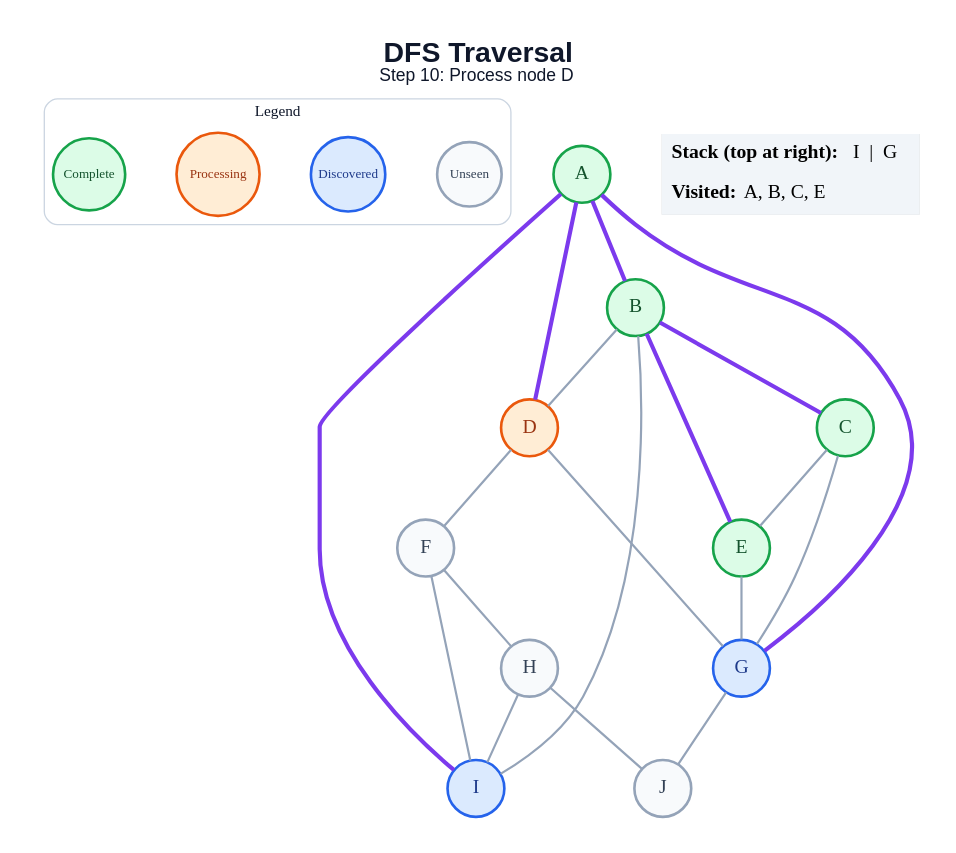
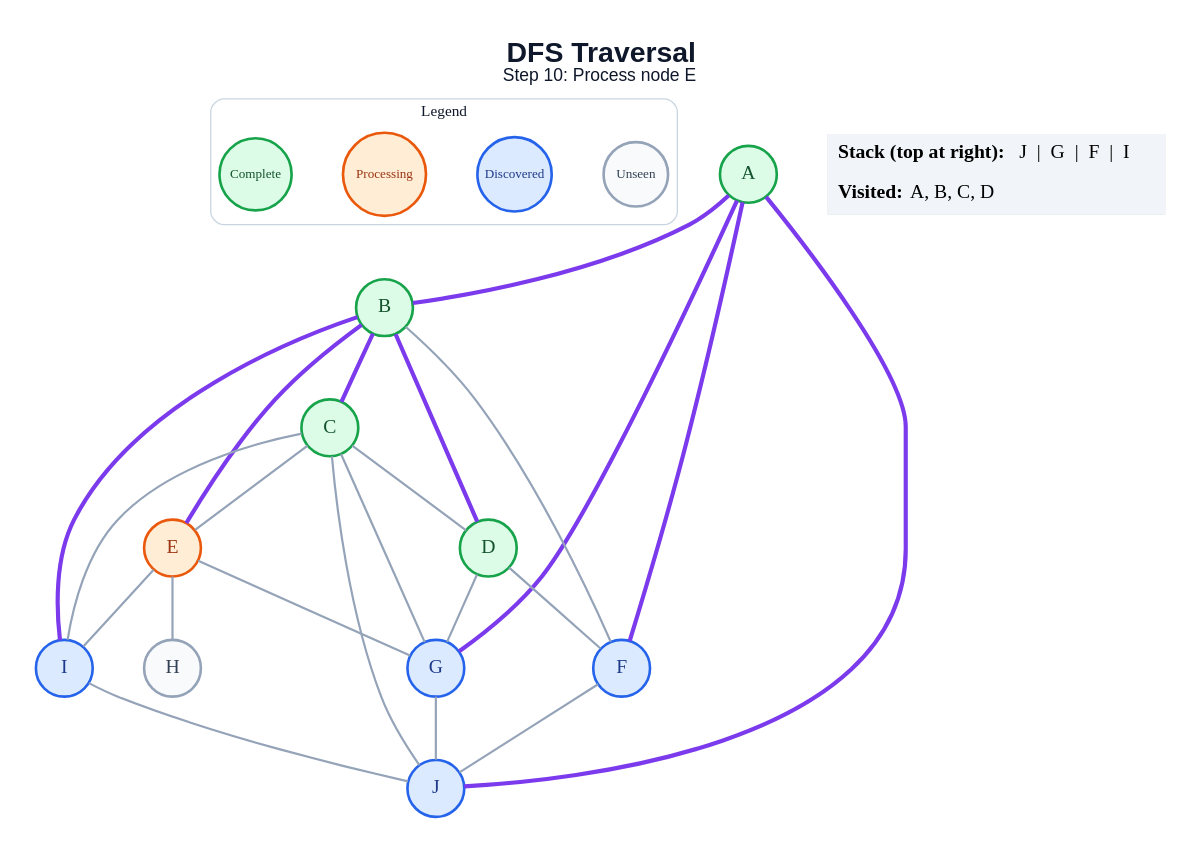
Before and after one commit to amanghodawala9/ai-slop: the diagram in generated/dfs/step_10.dot, drawn with Graphviz. The commit also changed 178 other files, not shown here.

```diff
--- a/generated/dfs/step_10.dot
+++ b/generated/dfs/step_10.dot
@@ -1,47 +1,51 @@
 graph traversal {
   graph [layout=dot, rankdir=TB, bgcolor="#FFFFFF", pad="0.35", nodesep="0.65", ranksep="0.8", fontname="Arial"];
   node [shape=circle, style="filled", fontname="Arial Bold", fontsize=18, width=0.72, fixedsize=true, penwidth=2.4];
   edge [color="#94A3B8", penwidth=2.0];
-  label=<<B>DFS Traversal</B><BR/><FONT POINT-SIZE="16">Step 10: Process node D</FONT>>; labelloc="t"; fontsize=26; fontname="Arial"; fontcolor="#0F172A";
+  label=<<B>DFS Traversal</B><BR/><FONT POINT-SIZE="16">Step 10: Process node E</FONT>>; labelloc="t"; fontsize=26; fontname="Arial"; fontcolor="#0F172A";
   subgraph cluster_legend { label="Legend"; color="#CBD5E1"; penwidth=1.2; style="rounded"; fontsize=14; fontname="Arial Bold";
     key_unseen [label="Unseen", fillcolor="#F8FAFC", color="#94A3B8", fontcolor="#334155", fontsize=12, width=0.82];
     key_frontier [label="Discovered", fillcolor="#DBEAFE", color="#2563EB", fontcolor="#1E3A8A", fontsize=12, width=0.95];
     key_current [label="Processing", fillcolor="#FFEDD5", color="#EA580C", fontcolor="#9A3412", fontsize=12, width=1.05];
     key_done [label="Complete", fillcolor="#DCFCE7", color="#16A34A", fontcolor="#14532D", fontsize=12, width=0.92];
     { rank=same; key_unseen; key_frontier; key_current; key_done; }
   }
   A [fillcolor="#DCFCE7", color="#16A34A", fontcolor="#14532D"];
   B [fillcolor="#DCFCE7", color="#16A34A", fontcolor="#14532D"];
   C [fillcolor="#DCFCE7", color="#16A34A", fontcolor="#14532D"];
-  D [fillcolor="#FFEDD5", color="#EA580C", fontcolor="#9A3412"];
-  E [fillcolor="#DCFCE7", color="#16A34A", fontcolor="#14532D"];
-  F [fillcolor="#F8FAFC", color="#94A3B8", fontcolor="#334155"];
+  D [fillcolor="#DCFCE7", color="#16A34A", fontcolor="#14532D"];
+  E [fillcolor="#FFEDD5", color="#EA580C", fontcolor="#9A3412"];
+  F [fillcolor="#DBEAFE", color="#2563EB", fontcolor="#1E3A8A"];
   G [fillcolor="#DBEAFE", color="#2563EB", fontcolor="#1E3A8A"];
   H [fillcolor="#F8FAFC", color="#94A3B8", fontcolor="#334155"];
   I [fillcolor="#DBEAFE", color="#2563EB", fontcolor="#1E3A8A"];
-  J [fillcolor="#F8FAFC", color="#94A3B8", fontcolor="#334155"];
+  J [fillcolor="#DBEAFE", color="#2563EB", fontcolor="#1E3A8A"];
   A -- B [color="#7C3AED", penwidth=3.8];
-  A -- D [color="#7C3AED", penwidth=3.8];
+  A -- F [color="#7C3AED", penwidth=3.8];
   A -- G [color="#7C3AED", penwidth=3.8];
-  A -- I [color="#7C3AED", penwidth=3.8];
+  A -- J [color="#7C3AED", penwidth=3.8];
   B -- C [color="#7C3AED", penwidth=3.8];
-  B -- D;
+  B -- D [color="#7C3AED", penwidth=3.8];
   B -- E [color="#7C3AED", penwidth=3.8];
-  B -- I;
+  B -- F;
+  B -- I [color="#7C3AED", penwidth=3.8];
+  C -- D;
   C -- E;
   C -- G;
+  C -- I;
+  C -- J;
   D -- F;
   D -- G;
   E -- G;
-  F -- H;
-  F -- I;
+  E -- H;
+  E -- I;
+  F -- J;
   G -- J;
-  H -- I;
-  H -- J;
+  I -- J;
   status [shape=plain, fixedsize=false, width=0, height=0, margin=0, label=<
     <TABLE BORDER="0" CELLBORDER="0" CELLPADDING="7" BGCOLOR="#F1F5F9">
-      <TR><TD ALIGN="LEFT"><B>Stack (top at right):</B> I  |  G</TD></TR>
-      <TR><TD ALIGN="LEFT"><B>Visited:</B> A, B, C, E</TD></TR>
+      <TR><TD ALIGN="LEFT"><B>Stack (top at right):</B> J  |  G  |  F  |  I</TD></TR>
+      <TR><TD ALIGN="LEFT"><B>Visited:</B> A, B, C, D</TD></TR>
     </TABLE>
   >];
 }
```
